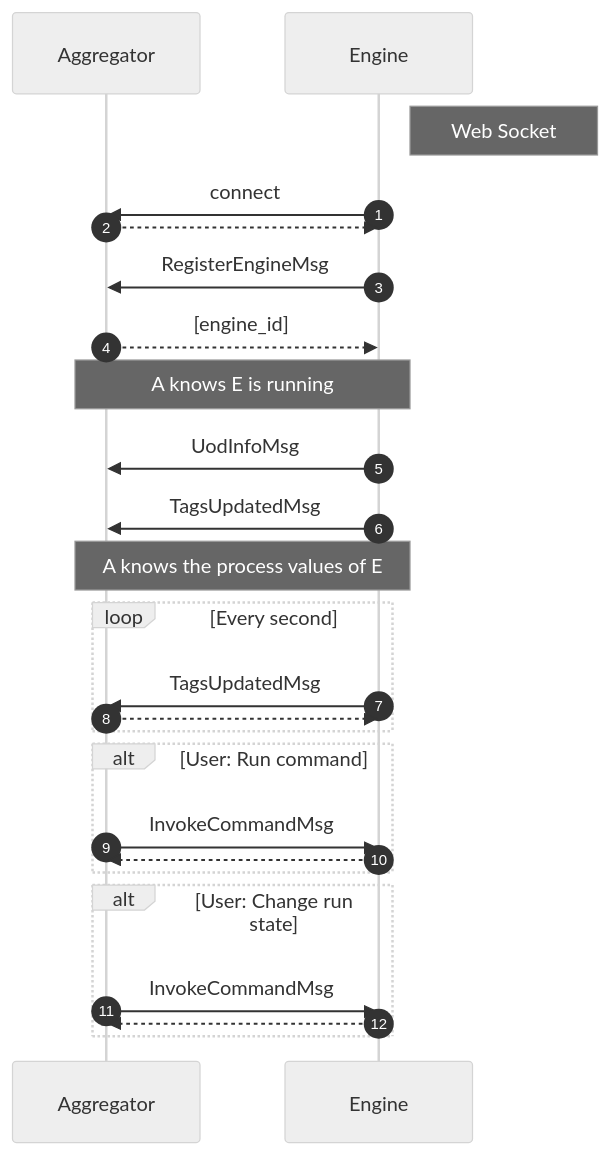
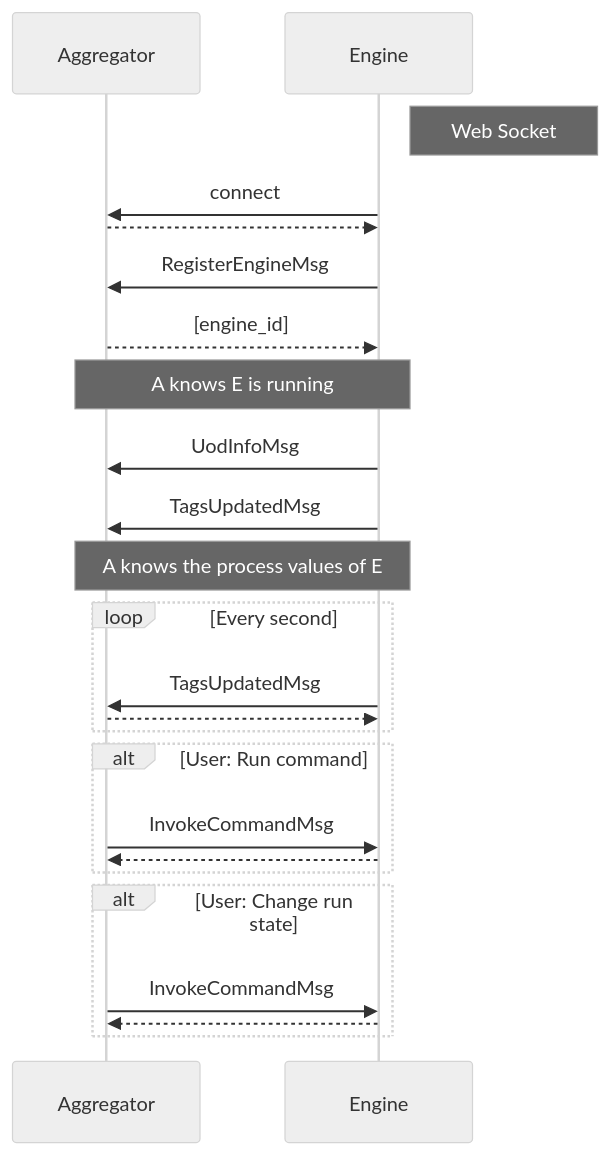
The second of 2 diagrams in DEVELOPMENT.md (Open-Pectus/Open-Pectus), drawn with Mermaid (neutral theme) before and after one commit. The commit also changed other lines of this file and 1 other file, not shown here.

````diff
--- a/DEVELOPMENT.md
+++ b/DEVELOPMENT.md
@@ -336,35 +327,34 @@
 ```mermaid
 sequenceDiagram
-autonumber
     participant A as Aggregator
     participant E as Engine
 %%note left of E: Registration
     Note right of E: Web Socket
     E ->> A: connect
     A -->> E: 
     E ->> A: RegisterEngineMsg
     A -->> E: [engine_id]
     Note over A,E: A knows E is running
     E ->> A: UodInfoMsg
     E ->> A: TagsUpdatedMsg
     Note over A,E: A knows the process values of E
 
 
 %%note left of E: Engine running
     
     loop Every second
     E ->> A: TagsUpdatedMsg
     A -->> E: 
     end
 
     alt User: Run command
     A ->> E: InvokeCommandMsg
     E -->> A: 
     end
 
     alt User: Change run state
     A ->> E: InvokeCommandMsg
     E -->> A: 
     end
 
 ```
````
